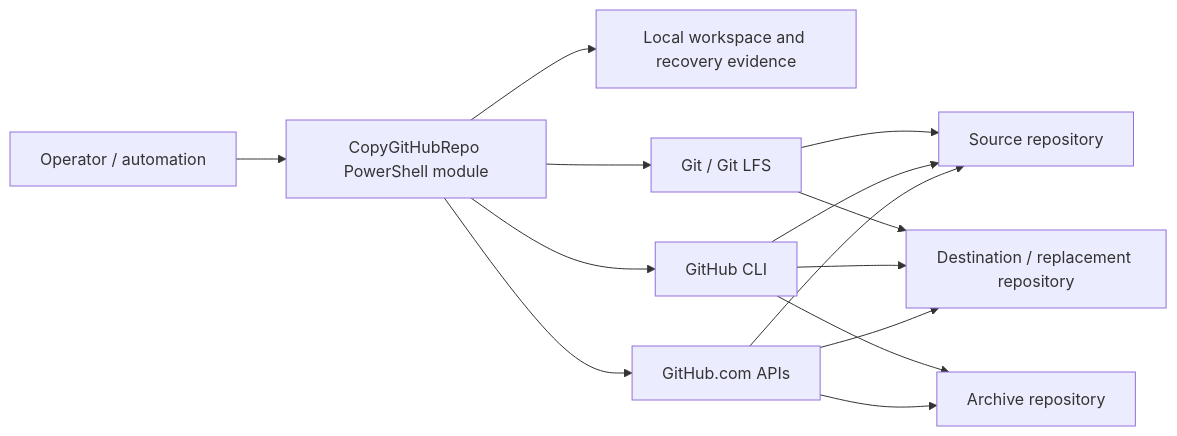
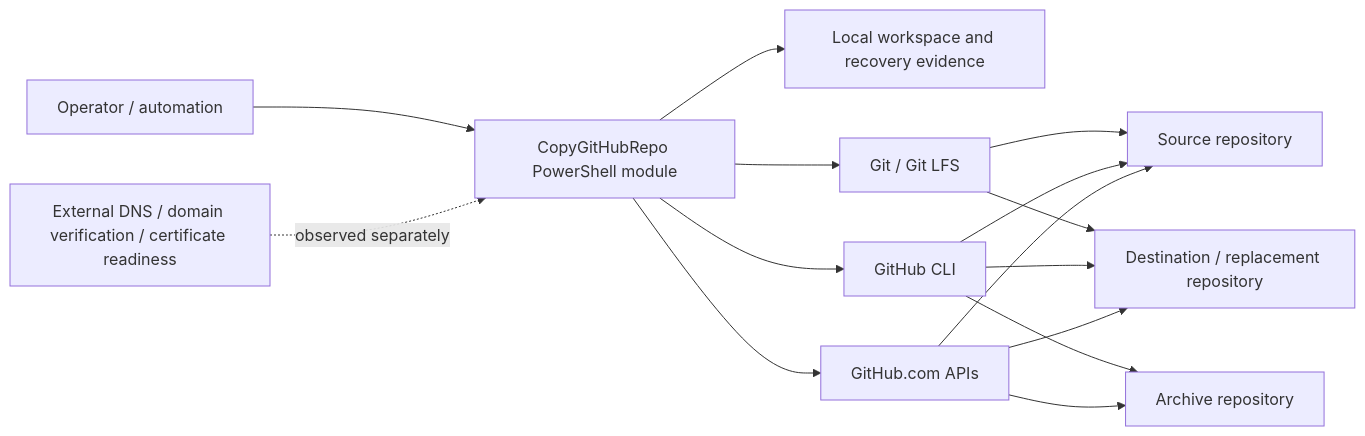
One commit to infoconex/copy-github-repo changed the first of 3 diagrams in docs/product/architecture.md. Above: the diagram before and after it, drawn with Mermaid. The commit also changed other lines of this file and 61 other files, not shown here.

````diff
--- a/docs/product/architecture.md
+++ b/docs/product/architecture.md
@@ -18,26 +18,28 @@
 ```mermaid
 flowchart LR
     Operator[Operator / automation]
     Module[CopyGitHubRepo PowerShell module]
     Local[Local workspace and recovery evidence]
     Git[Git / Git LFS]
     GHCLI[GitHub CLI]
     API[GitHub.com APIs]
+    External[External DNS / domain verification / certificate readiness]
     Source[Source repository]
     Archive[Archive repository]
     Destination[Destination / replacement repository]
 
     Operator --> Module
     Module --> Local
     Module --> Git
     Module --> GHCLI
     Module --> API
     Git --> Source
     Git --> Destination
     GHCLI --> Source
     GHCLI --> Archive
     GHCLI --> Destination
     API --> Source
     API --> Archive
     API --> Destination
+    External -. observed separately .-> Module
 ```
````
